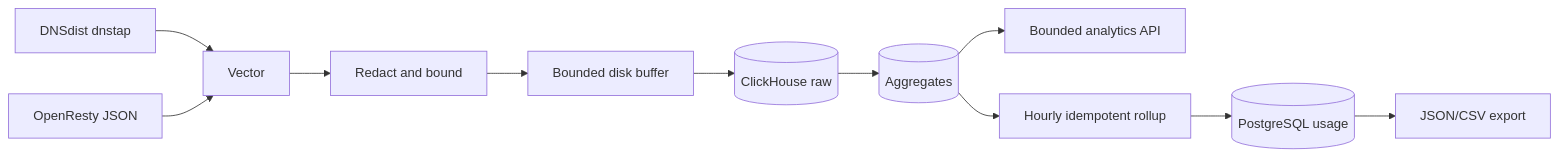
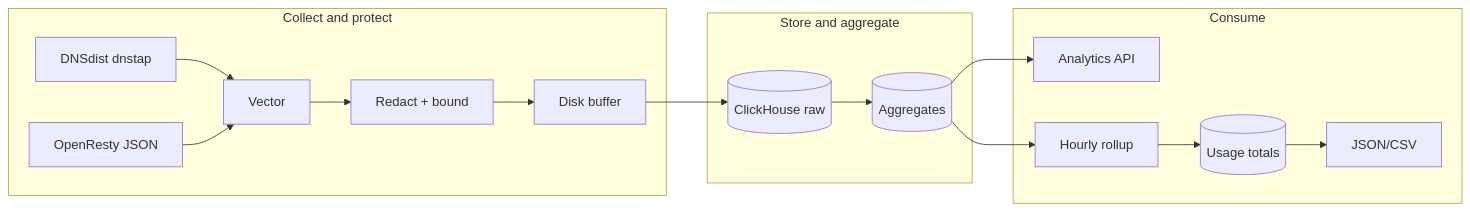
The diagram in docs/guides/analytics.md (vaheed/CDNFoundry), drawn with Mermaid before and after one commit. The commit also changed 24 other files, not shown here.

````diff
--- a/docs/guides/analytics.md
+++ b/docs/guides/analytics.md
@@ -8,13 +8,15 @@
 ```mermaid
 flowchart LR
-    DNS["DNSdist dnstap"] --> Vector["Vector"]
-    Edge["OpenResty JSON"] --> Vector
-    Vector --> Redact["Redact and bound"]
-    Redact --> Buffer["Bounded disk buffer"]
-    Buffer --> Raw[("ClickHouse raw")]
-    Raw --> Aggregate[("Aggregates")]
-    Aggregate --> API["Bounded analytics API"]
-    Aggregate --> Rollup["Hourly idempotent rollup"]
-    Rollup --> PG[("PostgreSQL usage")]
-    PG --> Export["JSON/CSV export"]
+    subgraph Collect["Collect and protect"]
+      DNS["DNSdist dnstap"] --> Vector["Vector"]
+      Edge["OpenResty JSON"] --> Vector
+      Vector --> Redact["Redact + bound"] --> Buffer["Disk buffer"]
+    end
+    subgraph Store["Store and aggregate"]
+      Buffer --> Raw[("ClickHouse raw")] --> Aggregate[("Aggregates")]
+    end
+    subgraph Consume["Consume"]
+      Aggregate --> API["Analytics API"]
+      Aggregate --> Rollup["Hourly rollup"] --> PG[("Usage totals")] --> Export["JSON/CSV"]
+    end
 ```
````
